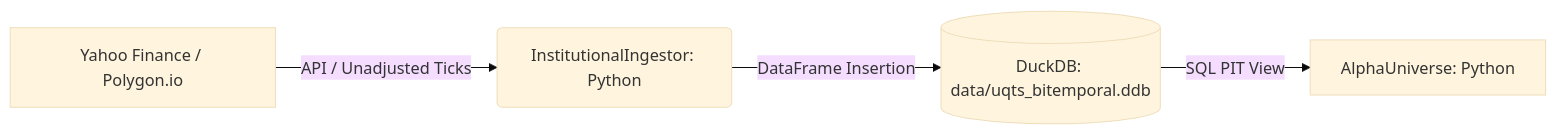
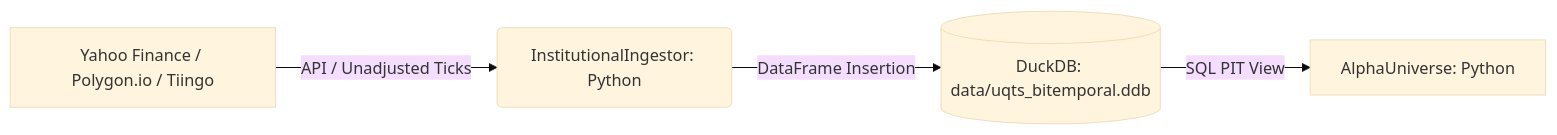
One commit to abhishek-jana/QTS2026 changed the first of 3 diagrams in README.md. Above: the diagram before and after it, drawn with Mermaid (base theme). The commit also changed other lines of this file and 3 other files, not shown here.

Commit message:
Docs: Synchronized all architectural diagrams, research logs, and PRDs with the Quad-Modality Gating baseline.

````diff
--- a/README.md
+++ b/README.md
@@ -10,6 +10,6 @@
 ```mermaid
 graph LR
-    A[Yahoo Finance / Polygon.io] -- API / Unadjusted Ticks --> B(InstitutionalIngestor: Python)
+    A[Yahoo Finance / Polygon.io / Tiingo] -- API / Unadjusted Ticks --> B(InstitutionalIngestor: Python)
     B -- DataFrame Insertion --> C[(DuckDB: data/uqts_bitemporal.ddb)]
     C -- SQL PIT View --> D[AlphaUniverse: Python]
 ```
````
